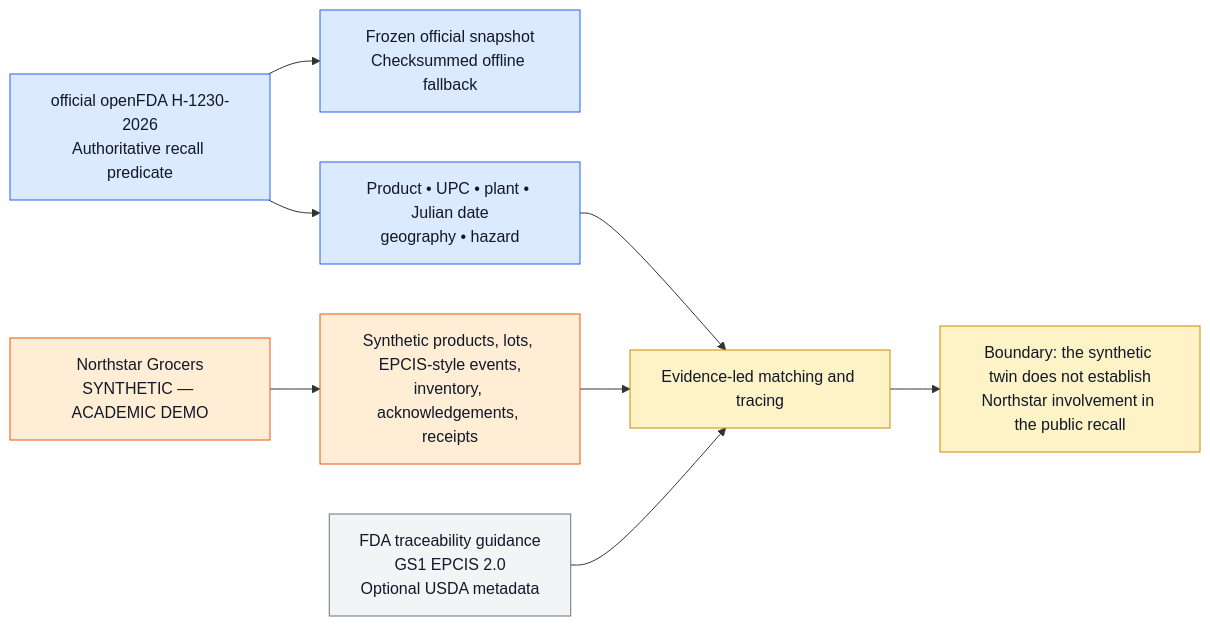
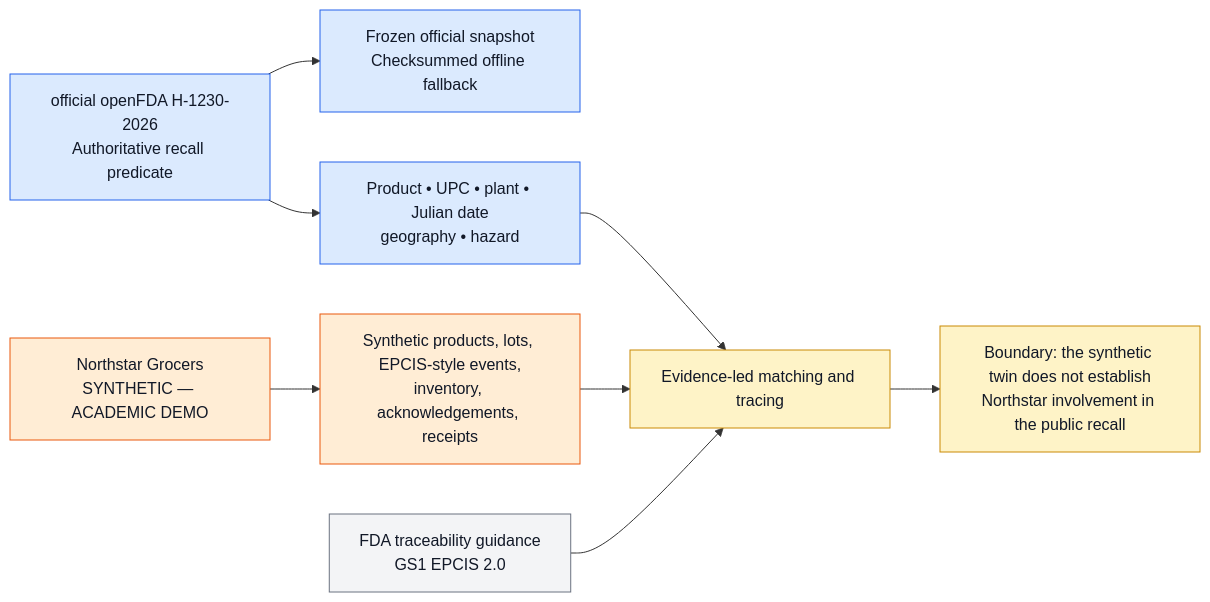
One commit to nagarjunakanamarlapudi/reacall-agents changed the diagram in docs/images/01_data_provenance.mmd. Above: the diagram before and after it, drawn with Mermaid. The commit also changed 28 other files, not shown here.

```diff
--- a/docs/images/01_data_provenance.mmd
+++ b/docs/images/01_data_provenance.mmd
@@ -1,19 +1,19 @@
 flowchart LR
   classDef official fill:#dbeafe,stroke:#2563eb,color:#111827
   classDef synthetic fill:#ffedd5,stroke:#ea580c,color:#111827
   classDef reference fill:#f3f4f6,stroke:#6b7280,color:#111827
   classDef boundary fill:#fef3c7,stroke:#ca8a04,color:#111827
 
   FDA["official openFDA H-1230-2026<br/>Authoritative recall predicate"]:::official
   SNAP["Frozen official snapshot<br/>Checksummed offline fallback"]:::official
   FDA --> SNAP
   FDA --> PRED["Product • UPC • plant • Julian date<br/>geography • hazard"]:::official
   NORTH["Northstar Grocers<br/>SYNTHETIC — ACADEMIC DEMO"]:::synthetic
   TWIN["Synthetic products, lots, EPCIS-style events,<br/>inventory, acknowledgements, receipts"]:::synthetic
   NORTH --> TWIN
-  REF["FDA traceability guidance<br/>GS1 EPCIS 2.0<br/>Optional USDA metadata"]:::reference
+  REF["FDA traceability guidance<br/>GS1 EPCIS 2.0"]:::reference
   PRED --> MATCH["Evidence-led matching and tracing"]:::boundary
   TWIN --> MATCH
   REF --> MATCH
   NOTE["Boundary: the synthetic twin does not establish<br/>Northstar involvement in the public recall"]:::boundary
   MATCH --> NOTE
```
